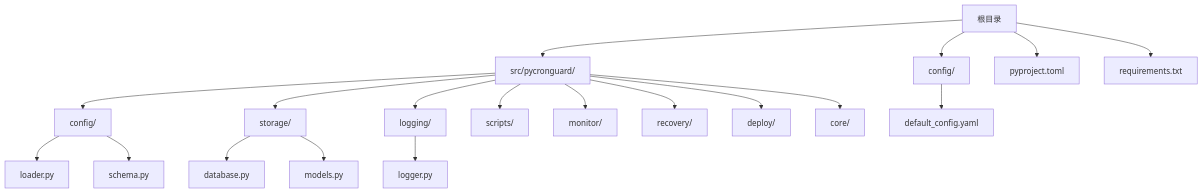
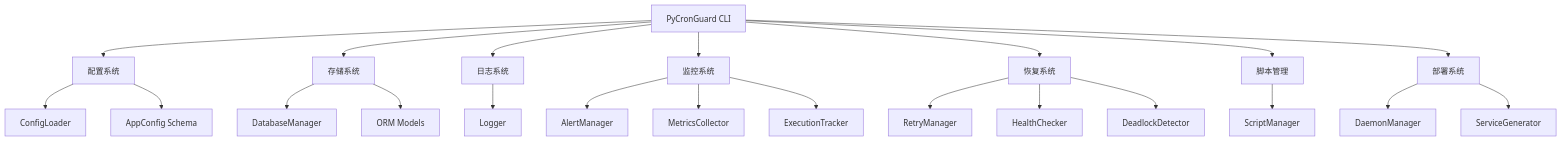
The second of 5 diagrams in .qoder/repowiki/zh/content/快速开始.md (eden2f/cron-copilot), drawn with Mermaid before and after one commit. The commit also changed other lines of this file and 21 other files, not shown here.

````diff
--- a/.qoder/repowiki/zh/content/快速开始.md
+++ b/.qoder/repowiki/zh/content/快速开始.md
@@ -34,21 +111,24 @@
 ```mermaid
 graph TB
-A["根目录"] --> B["src/pycronguard/"]
-A --> C["config/"]
-A --> D["pyproject.toml"]
-A --> E["requirements.txt"]
-B --> B1["config/"]
-B --> B2["storage/"]
-B --> B3["logging/"]
-B --> B4["scripts/"]
-B --> B5["monitor/"]
-B --> B6["recovery/"]
-B --> B7["deploy/"]
-B --> B8["core/"]
-C --> C1["default_config.yaml"]
-B1 --> B1a["loader.py"]
-B1 --> B1b["schema.py"]
-B2 --> B2a["database.py"]
-B2 --> B2b["models.py"]
-B3 --> B3a["logger.py"]
+A["PyCronGuard CLI"] --> B["配置系统"]
+A --> C["存储系统"]
+A --> D["日志系统"]
+A --> E["监控系统"]
+A --> F["恢复系统"]
+A --> G["脚本管理"]
+A --> H["部署系统"]
+B --> B1["ConfigLoader"]
+B --> B2["AppConfig Schema"]
+C --> C1["DatabaseManager"]
+C --> C2["ORM Models"]
+D --> D1["Logger"]
+E --> E1["AlertManager"]
+E --> E2["MetricsCollector"]
+E --> E3["ExecutionTracker"]
+F --> F1["RetryManager"]
+F --> F2["HealthChecker"]
+F --> F3["DeadlockDetector"]
+G --> G1["ScriptManager"]
+H --> H1["DaemonManager"]
+H --> H2["ServiceGenerator"]
 ```
````
